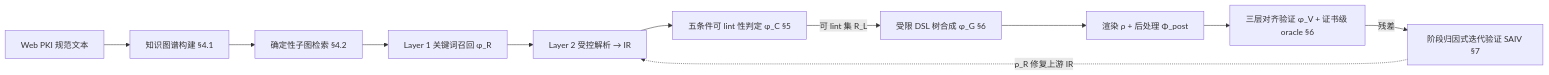
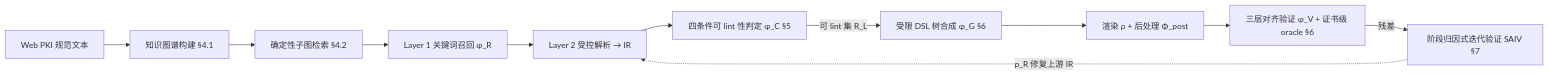
The diagram in Paper_Unified_PKI_E2E.md (Bernhard1826/cicas), drawn with Mermaid before and after one commit. The commit also changed other lines of this file and 1 other file, not shown here.

````diff
--- a/Paper_Unified_PKI_E2E.md
+++ b/Paper_Unified_PKI_E2E.md
@@ -95,13 +95,13 @@
 ```mermaid
 flowchart LR
   S[Web PKI 规范文本] --> KG[知识图谱构建 §4.1]
   KG --> R[确定性子图检索 §4.2]
   R --> L1["Layer 1 关键词召回 φ_R"]
   L1 --> L2["Layer 2 受控解析 → IR"]
-  L2 --> C["五条件可 lint 性判定 φ_C §5"]
+  L2 --> C["四条件可 lint 性判定 φ_C §5"]
   C -->|"可 lint 集 R_L"| G["受限 DSL 树合成 φ_G §6"]
   G --> RHO["渲染 ρ + 后处理 Φ_post"]
   RHO --> V["三层对齐验证 φ_V + 证书级 oracle §6"]
   V -->|残差| SAIV["阶段归因式迭代验证 SAIV §7"]
   SAIV -. "ρ_R 修复上游 IR" .-> L2
 ```
````
